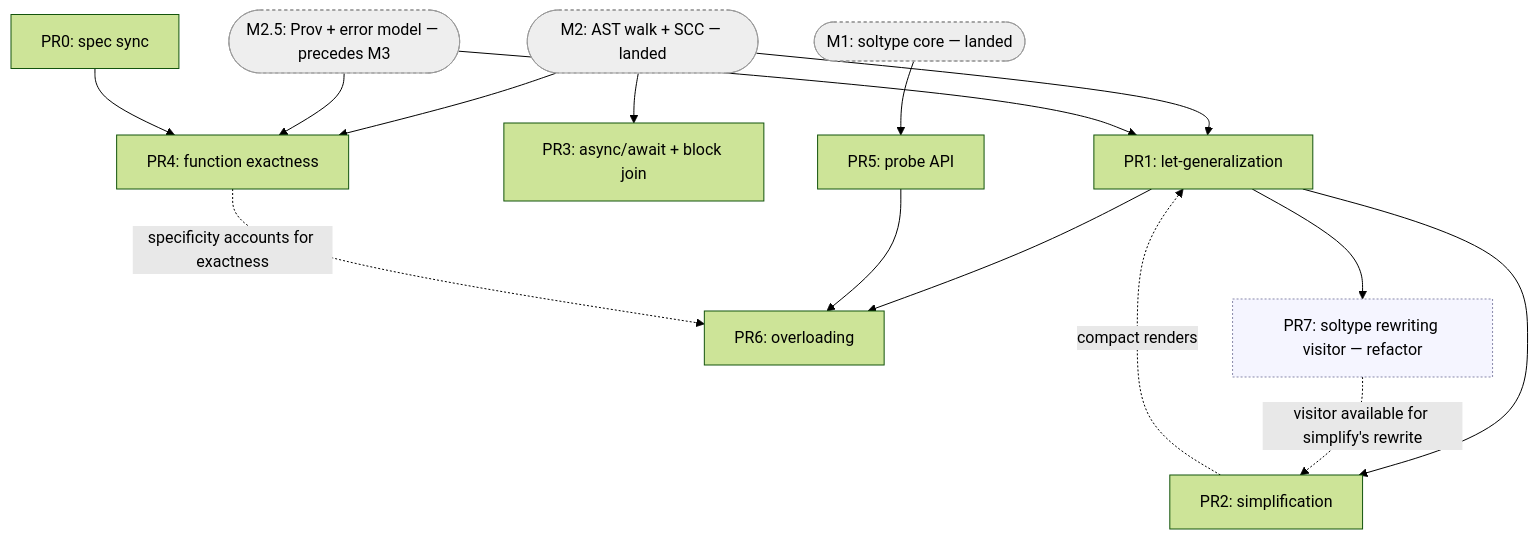
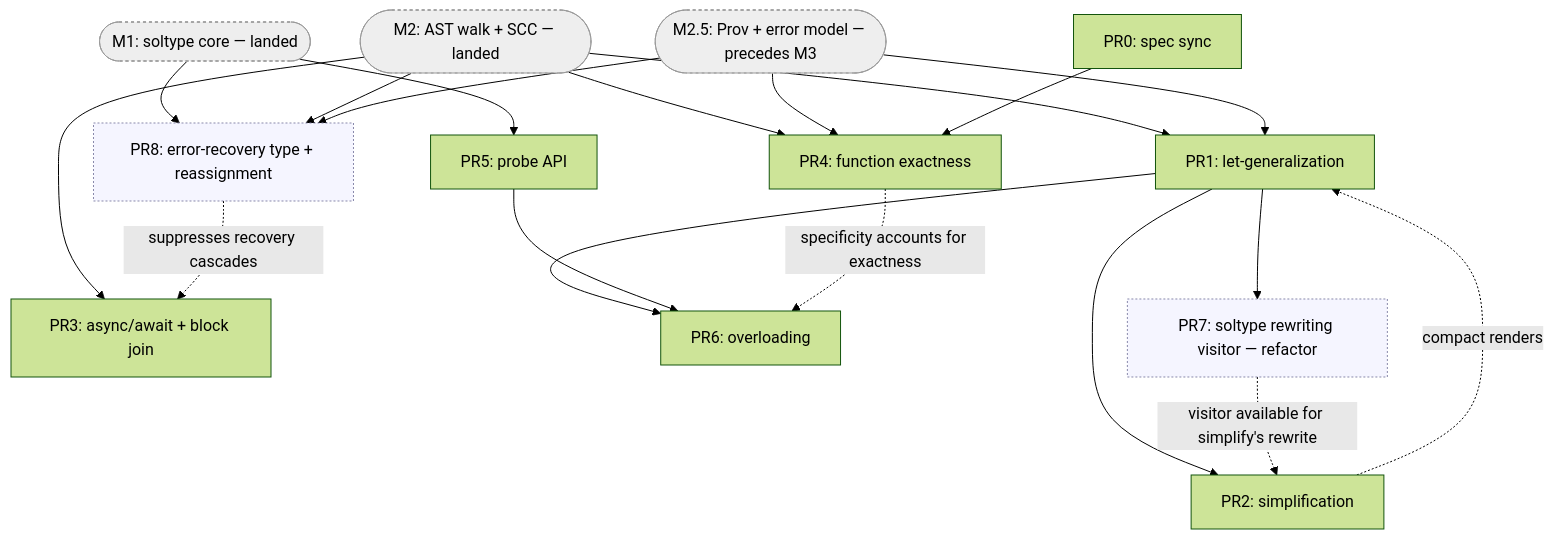
One commit to escalier-lang/escalier changed the diagram in planning/simple_sub/m3-implementation-plan.md. Above: the diagram before and after it, drawn with Mermaid (forest theme). The commit also changed other lines of this file and 17 other files, not shown here.

````diff
--- a/planning/simple_sub/m3-implementation-plan.md
+++ b/planning/simple_sub/m3-implementation-plan.md
@@ -117,34 +121,39 @@
 ```mermaid
 flowchart TD
     M1([M1: soltype core — landed]):::prereq
     M2([M2: AST walk + SCC — landed]):::prereq
     M25([M2.5: Prov + error model — precedes M3]):::prereq
 
     PR0[PR0: spec sync]
     PR1[PR1: let-generalization]
     PR2[PR2: simplification]
     PR3[PR3: async/await + block join]
     PR4[PR4: function exactness]
     PR5[PR5: probe API]
     PR6[PR6: overloading]
     PR7[PR7: soltype rewriting visitor — refactor]
+    PR8[PR8: error-recovery type + reassignment]
 
     M2 --> PR1
     M25 --> PR1
     M2 --> PR3
     M2 --> PR4
     M25 --> PR4
     M1 --> PR5
+    M1 --> PR8
+    M2 --> PR8
+    M25 --> PR8
     PR0 --> PR4
     PR1 --> PR2
     PR1 --> PR6
     PR5 --> PR6
     PR1 --> PR7
     PR2 -. compact renders .-> PR1
     PR4 -. specificity accounts for exactness .-> PR6
     PR7 -. visitor available for simplify's rewrite .-> PR2
+    PR8 -. suppresses recovery cascades .-> PR3
 
     classDef prereq fill:#eee,stroke:#999,stroke-dasharray:3 3;
     classDef refactor fill:#f5f5ff,stroke:#88a,stroke-dasharray:2 2;
-    class PR7 refactor;
+    class PR7,PR8 refactor;
 ```
````
